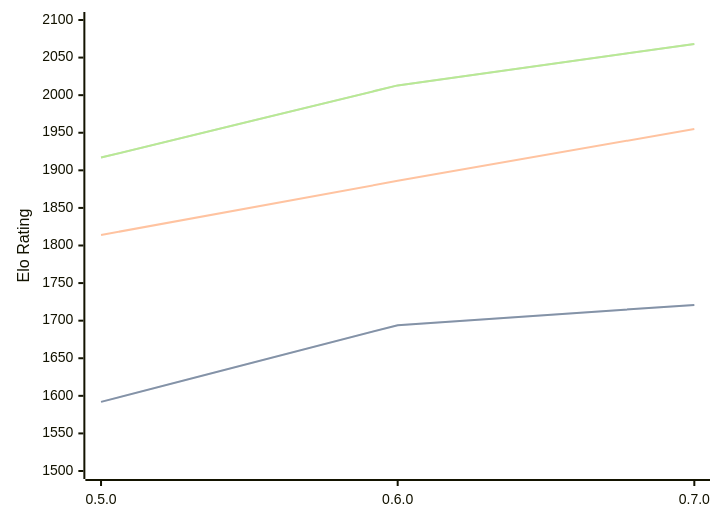
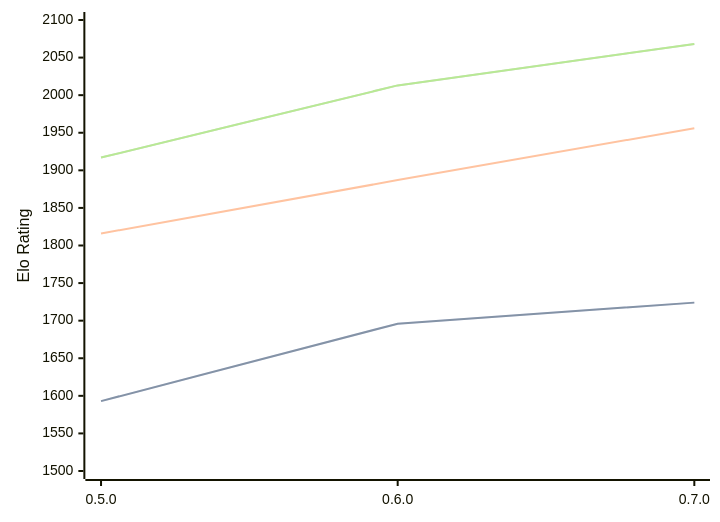
Before and after one commit to computer-chess-index/cci: the diagram in engines/Chess-rs.md, drawn with Mermaid. The commit also changed other lines of this file, not shown here.

````diff
--- a/engines/Chess-rs.md
+++ b/engines/Chess-rs.md
@@ -41,11 +41,11 @@
 ```mermaid
 %%{init: {"theme":"base","themeVariables":{"seriesColors:['#a3a3a3','#222221','#faa371']}}}%%
 xychart-beta
   x-axis ["0.5.0", "0.6.0", "0.7.0"]
   y-axis "Elo Rating" 1500 --> 2100
-  line "STC (8.0+0.08s)" [1592, 1694, 1721]
-  line "STC (8.0+0.08s)" [1592, 1694, 1721]
-  line "LTC (60.0+0.60s)" [1814, 1886, 1955]
+  line "STC (8.0+0.08s)" [1593, 1696, 1724]
+  line "STC (8.0+0.08s)" [1593, 1696, 1724]
+  line "LTC (60.0+0.60s)" [1816, 1887, 1956]
   line "VLTC (2m24s+1.12s)" [1917, 2013, 2068]
   line "VLTC (2m24s+1.12s)" [1917, 2013, 2068]
 ```
````
